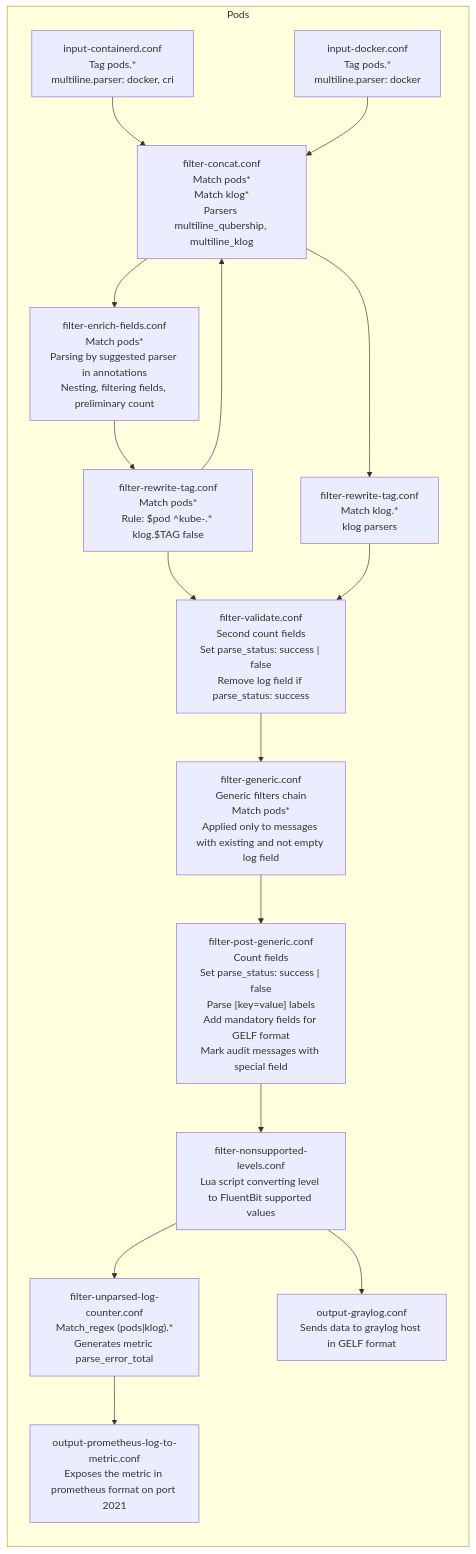
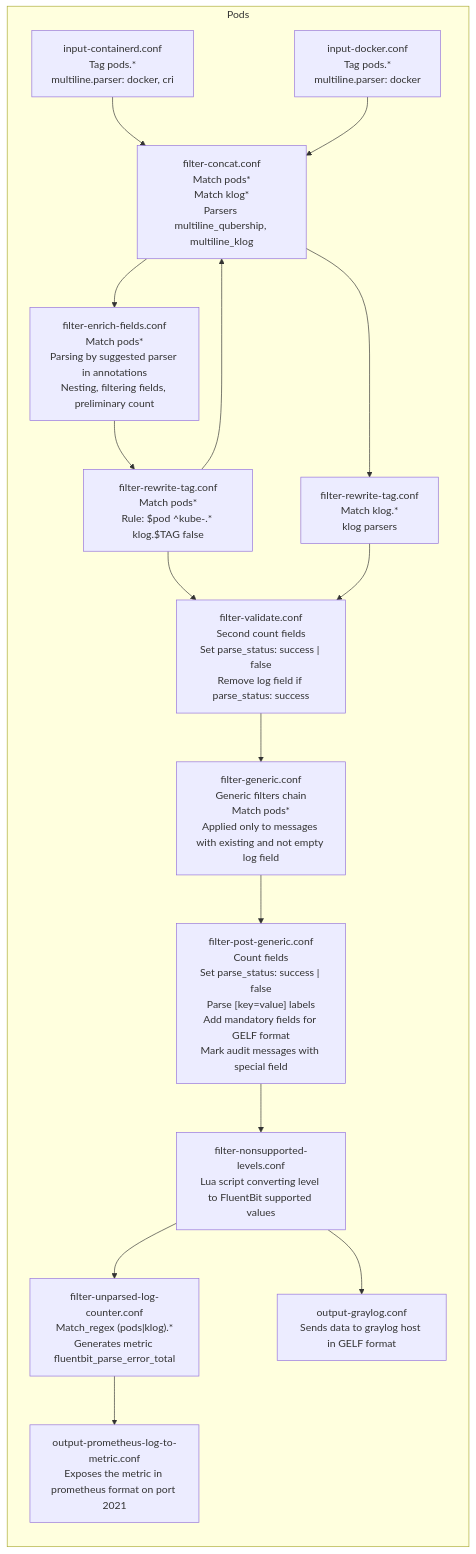
Before and after one commit to Netcracker/qubership-logging-operator: the diagram in docs/fluentbit-log-pipeline.md, drawn with Mermaid. The commit also changed other lines of this file and 3 other files, not shown here.

Commit message:
chore: correct parse error metric name

````diff
--- a/docs/fluentbit-log-pipeline.md
+++ b/docs/fluentbit-log-pipeline.md
@@ -54,21 +54,21 @@
 ```mermaid
 flowchart LR
     subgraph Pods
         IC["input-containerd.conf<br/>Tag pods.*<br/>multiline.parser: docker, cri" ] --> FC
         ID["input-docker.conf<br/>Tag pods.*<br/>multiline.parser: docker"] --> FC
         FC["filter-concat.conf<br/>Match pods*<br/>Match klog*<br/>Parsers multiline_qubership, multiline_klog"] --> FK
         FC["filter-concat.conf<br/>Match pods*<br/>Match klog*<br/>Parsers multiline_qubership, multiline_klog"] --> FRTP
         FK["filter-enrich-fields.conf<br/>Match pods*<br/>Parsing by suggested parser in annotations<br/>Nesting, filtering fields, preliminary count"] --> FRT
         FRT["filter-rewrite-tag.conf<br/>Match pods*<br/>Rule: $pod ^kube-.* klog.$TAG false"] --> FC
         FRT["filter-rewrite-tag.conf<br/>Match pods*<br/>Rule: $pod ^kube-.* klog.$TAG false"] --> FVALID
         FRTP["filter-rewrite-tag.conf<br/>Match klog.*<br/>klog parsers"] --> FVALID
         FVALID["filter-validate.conf<br/>Second count fields<br/>Set parse_status: success | false<br/>Remove log field if parse_status: success"] --> FGEN
         FGEN["filter-generic.conf<br/>Generic filters chain<br/>Match pods*<br/>Applied only to messages with existing and not empty log field"] --> FPGEN
         FPGEN["filter-post-generic.conf<br/>Count fields<br/>Set parse_status: success | false<br/>Parse [key=value] labels<br/>Add mandatory fields for GELF format<br/>Mark audit messages with special field"] --> FNL
         FNL["filter-nonsupported-levels.conf<br/>Lua script converting level to FluentBit supported values"] --> FULC
         FNL["filter-nonsupported-levels.conf<br/>Lua script converting level to FluentBit supported values"] --> OGRAY
         OGRAY["output-graylog.conf<br/>Sends data to graylog host in GELF format"]
-        FULC["filter-unparsed-log-counter.conf<br/>Match_regex (pods|klog).*<br/>Generates metric parse_error_total"] --> OPLTM
+        FULC["filter-unparsed-log-counter.conf<br/>Match_regex (pods|klog).*<br/>Generates metric fluentbit_parse_error_total"] --> OPLTM
         OPLTM["output-prometheus-log-to-metric.conf</br>Exposes the metric in prometheus format on port 2021"]
     end
 ```
````
